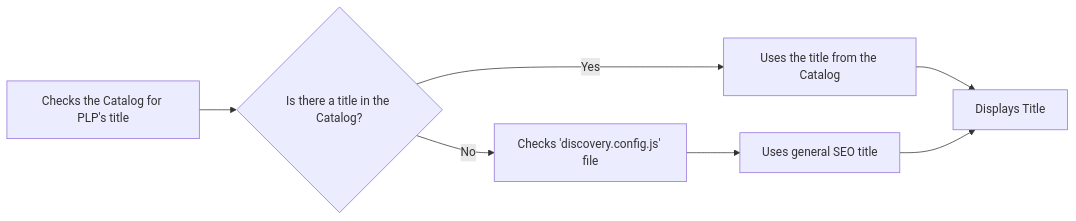
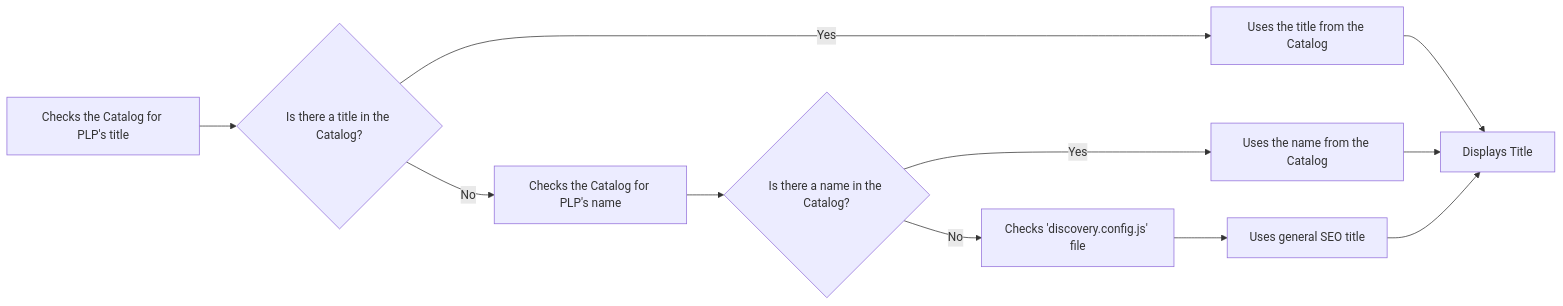
Before and after one commit to vtexdocs/dev-portal-content: the first of 3 diagrams in docs/faststore/docs/managing-performance/managing-lazy-loading-sections-on-plp.mdx, drawn with Mermaid.

Commit message:
Fix 'Title' mermaid code

````diff
--- a/docs/faststore/docs/managing-performance/managing-lazy-loading-sections-on-plp.mdx
+++ b/docs/faststore/docs/managing-performance/managing-lazy-loading-sections-on-plp.mdx
@@ -24,9 +24,13 @@
 ```mermaid
 graph LR
 A[Checks the Catalog for PLP's title] --> B{Is there a title in the Catalog?};
 B -- Yes --> C[Uses the title from the Catalog];
-B -- No --> D[Checks 'discovery.config.js' file];
-D --> E[Uses general SEO title];
-C --> F[Displays Title];
-E --> F;
+B -- No --> D[Checks the Catalog for PLP's name];
+D --> E{Is there a name in the Catalog?};
+E -- Yes --> F[Uses the name from the Catalog];
+E -- No --> G[Checks 'discovery.config.js' file];
+G --> H[Uses general SEO title];
+C --> I[Displays Title];
+F --> I;
+H --> I;
 ```
````
